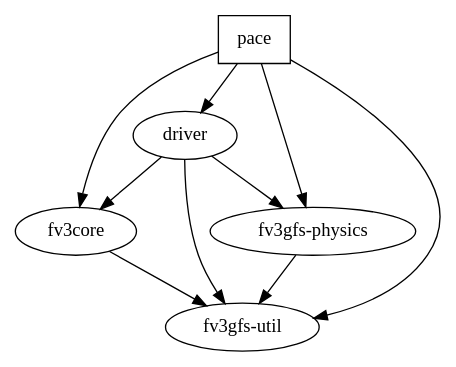
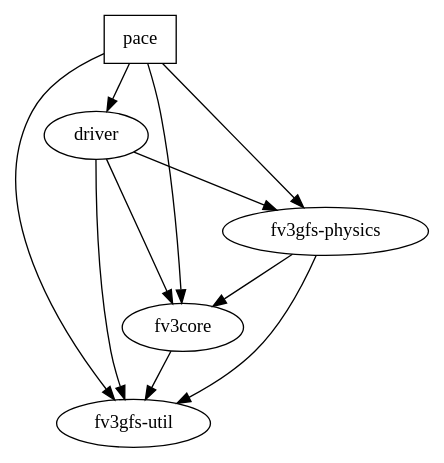
Before and after one commit to ai2cm/pace: the diagram in dependencies.dot, drawn with Graphviz. The commit also changed 1 other file, not shown here.

Commit message:
physics depend on fv3core for now

```diff
--- a/dependencies.dot
+++ b/dependencies.dot
@@ -1,24 +1,25 @@
 # this dotfile is used as a reference source for project dependencies
 # each folder entry must have a "label" equal to its directory name
 #
 # If you update this file, please re-generate the svg with `make dependencies.svg`
 # and commit it to the repository
 
 digraph {
   pace [shape=box]
   fv3core [shape=oval, label="fv3core"]
   driver [shape=oval, label="driver"]
   physics [shape=oval, label="fv3gfs-physics"]
   util [shape=oval, label="fv3gfs-util"]
 
   pace -> fv3core
   pace -> physics
   pace -> util
   pace -> driver
   driver -> fv3core
   driver -> physics
   driver -> util
   fv3core -> util
   physics -> util
+  physics -> fv3core
 
 }
```
